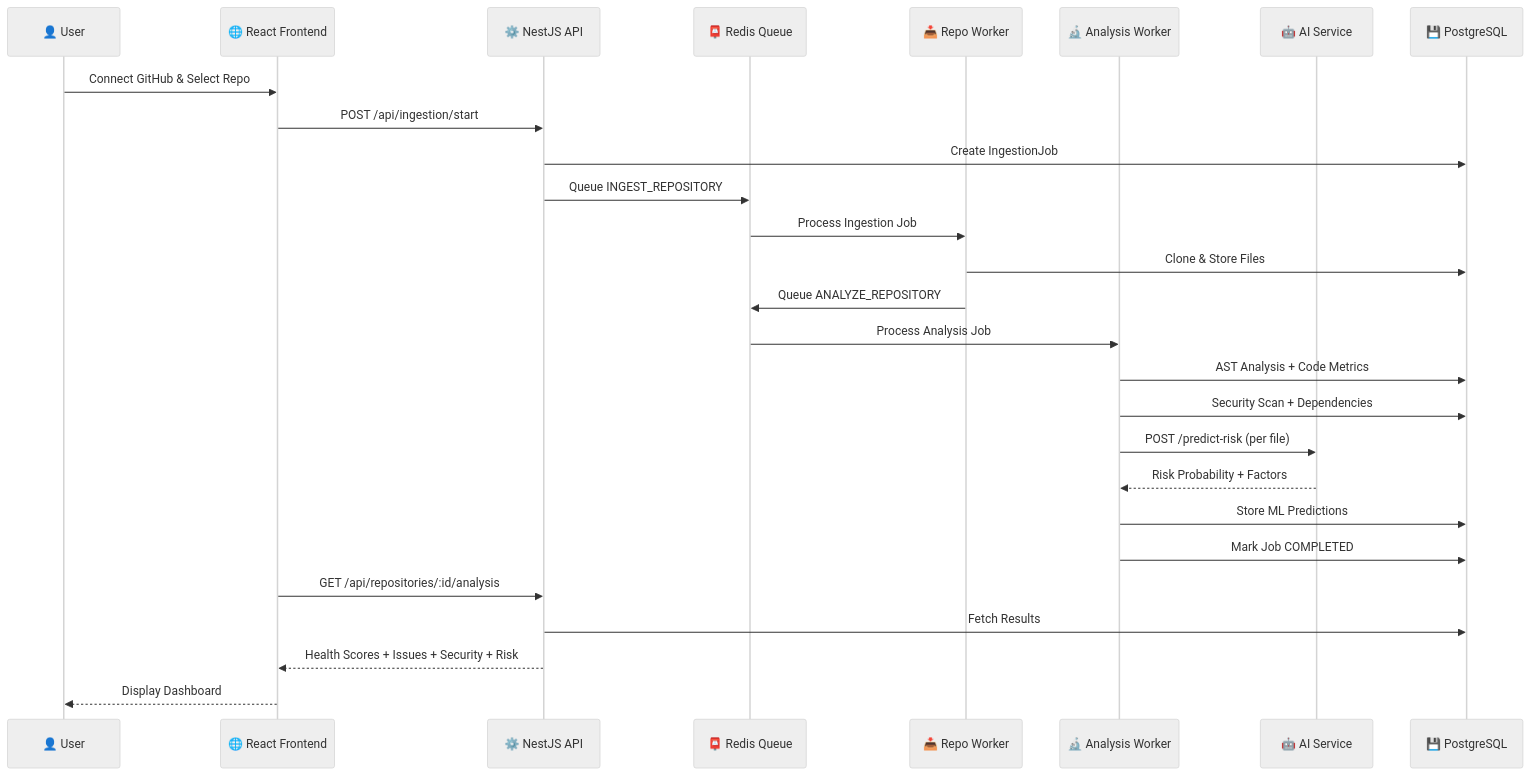
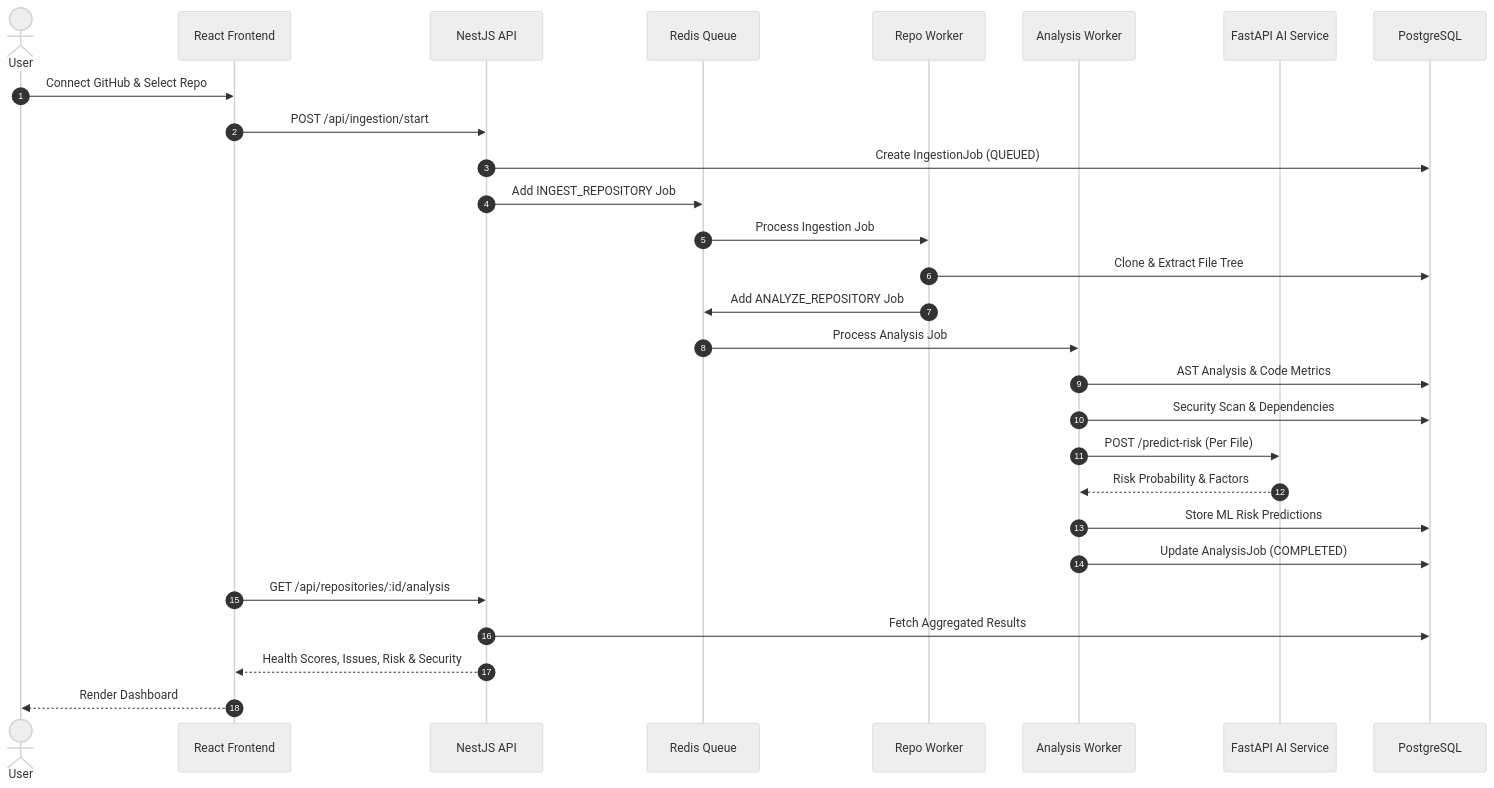
Before and after one commit to sivaganesh7/DevCodeX64: the second of 10 diagrams in README.md, drawn with Mermaid (neutral theme). The commit also changed other lines of this file, not shown here.

````diff
--- a/README.md
+++ b/README.md
@@ -180,30 +171,31 @@
 ```mermaid
 sequenceDiagram
-    participant U as 👤 User
-    participant W as 🌐 React Frontend
-    participant A as ⚙️ NestJS API
-    participant Q as 📮 Redis Queue
-    participant RW as 📥 Repo Worker
-    participant AW as 🔬 Analysis Worker
-    participant AI as 🤖 AI Service
-    participant DB as 💾 PostgreSQL
+    autonumber
+    actor User as User
+    participant Web as React Frontend
+    participant API as NestJS API
+    participant Queue as Redis Queue
+    participant RepoWorker as Repo Worker
+    participant AnalysisWorker as Analysis Worker
+    participant AIService as FastAPI AI Service
+    participant DB as PostgreSQL
 
-    U->>W: Connect GitHub & Select Repo
-    W->>A: POST /api/ingestion/start
-    A->>DB: Create IngestionJob
-    A->>Q: Queue INGEST_REPOSITORY
-    Q->>RW: Process Ingestion Job
-    RW->>DB: Clone & Store Files
-    RW->>Q: Queue ANALYZE_REPOSITORY
-    Q->>AW: Process Analysis Job
-    AW->>DB: AST Analysis + Code Metrics
-    AW->>DB: Security Scan + Dependencies
-    AW->>AI: POST /predict-risk (per file)
-    AI-->>AW: Risk Probability + Factors
-    AW->>DB: Store ML Predictions
-    AW->>DB: Mark Job COMPLETED
-    W->>A: GET /api/repositories/:id/analysis
-    A->>DB: Fetch Results
-    A-->>W: Health Scores + Issues + Security + Risk
-    W-->>U: Display Dashboard
+    User->>Web: Connect GitHub & Select Repo
+    Web->>API: POST /api/ingestion/start
+    API->>DB: Create IngestionJob (QUEUED)
+    API->>Queue: Add INGEST_REPOSITORY Job
+    Queue->>RepoWorker: Process Ingestion Job
+    RepoWorker->>DB: Clone & Extract File Tree
+    RepoWorker->>Queue: Add ANALYZE_REPOSITORY Job
+    Queue->>AnalysisWorker: Process Analysis Job
+    AnalysisWorker->>DB: AST Analysis & Code Metrics
+    AnalysisWorker->>DB: Security Scan & Dependencies
+    AnalysisWorker->>AIService: POST /predict-risk (Per File)
+    AIService-->>AnalysisWorker: Risk Probability & Factors
+    AnalysisWorker->>DB: Store ML Risk Predictions
+    AnalysisWorker->>DB: Update AnalysisJob (COMPLETED)
+    Web->>API: GET /api/repositories/:id/analysis
+    API->>DB: Fetch Aggregated Results
+    API-->>Web: Health Scores, Issues, Risk & Security
+    Web-->>User: Render Dashboard
 ```
````
